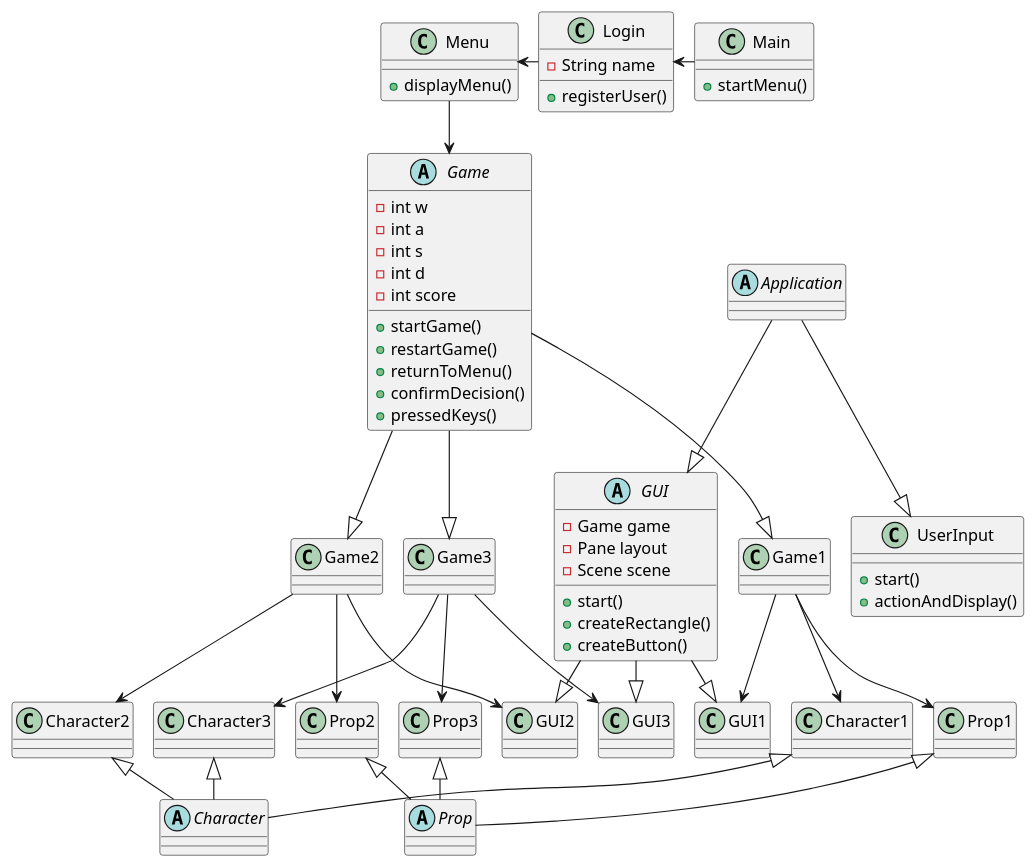
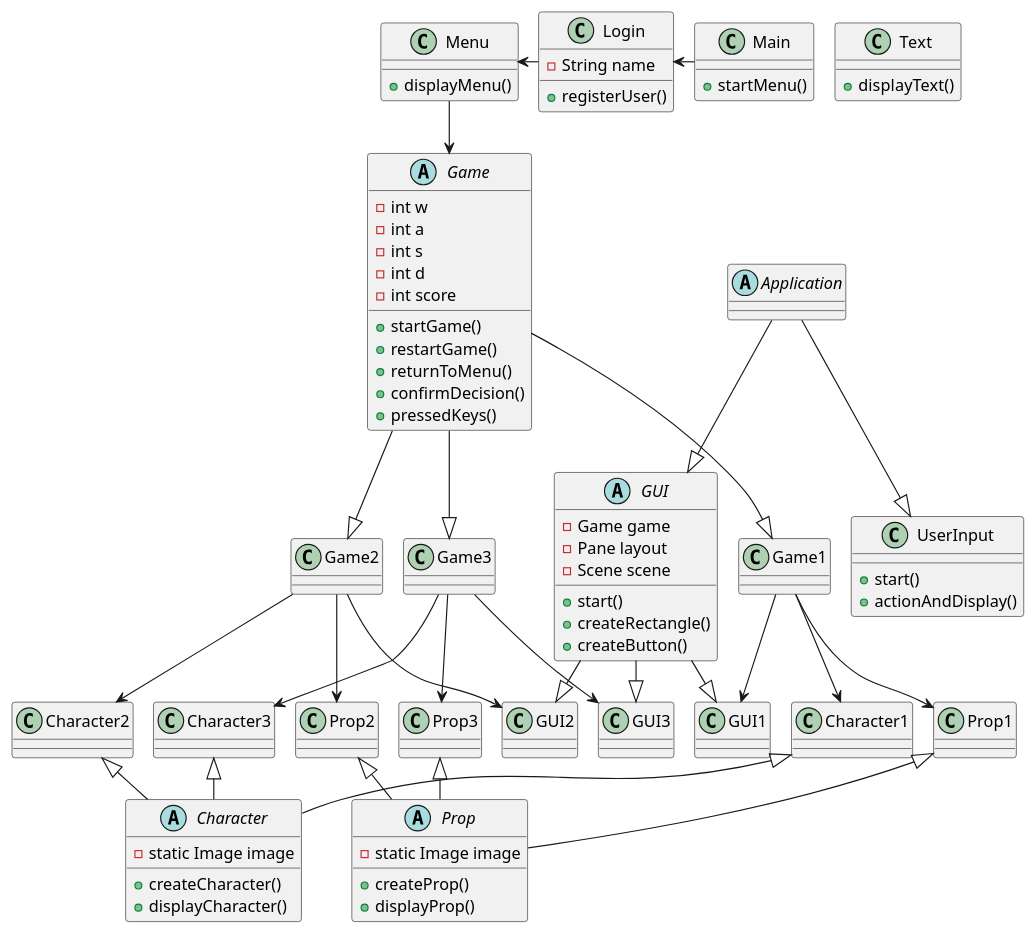
The diagram in Diagrems/ClassDiagram_v1.puml (NicolineNV/SP4___ICE___Arcade_platform), drawn with PlantUML before and after one commit. The commit also changed 21 other files, not shown here.

```diff
--- a/Diagrems/ClassDiagram_v1.puml
+++ b/Diagrems/ClassDiagram_v1.puml
@@ -1,93 +1,107 @@
 @startuml
 !pragma layout smetana
 
 class Main {
 + startMenu()
 }
 
 class Menu {
 + displayMenu()
+}
+
+class Text {
++ displayText()
 }
 
 class Login {
 - String name
 + registerUser()
 }
 
 abstract class Game {
 - int w
 - int a
 - int s
 - int d
 - int score
 + startGame()
 + restartGame()
 + returnToMenu()
 + confirmDecision()
 + pressedKeys()
 }
 
 class Game1
 class Game2
 class Game3
 
 abstract class Application {
 }
 
 abstract class GUI {
 - Game game
 - Pane layout
 - Scene scene
 + start()
 + createRectangle()
 + createButton()
 }
 
 class GUI1
 class GUI2
 class GUI3
 
-abstract class Character
+abstract class Character {
+- static Image image
++ createCharacter()
++ displayCharacter()
+}
+
 class Character1
 class Character2
 class Character3
 
-abstract class Prop
+abstract class Prop {
+- static Image image
++ createProp()
++ displayProp()
+}
+
 class Prop1
 class Prop2
 class Prop3
 
 class UserInput {
 + start()
 + actionAndDisplay()
 }
 
 Login <- Main
 Menu <- Login
 Menu --> Game
 Application --|> GUI
 Application --|> UserInput
 GUI --|> GUI1
 GUI --|> GUI2
 GUI --|> GUI3
 Prop1 <|-- Prop
 Prop2 <|-- Prop
 Prop3 <|-- Prop
 Character1 <|-- Character
 Character2 <|-- Character
 Character3 <|-- Character
 Game --|> Game1
 Game1 --> GUI1
 Game1 --> Character1
 Game1 --> Prop1
 Game --|> Game2
 Game2 --> GUI2
 Game2 --> Character2
 Game2 --> Prop2
 Game --|> Game3
 Game3 --> GUI3
 Game3 --> Character3
 Game3 --> Prop3
 
 
 @enduml
```
